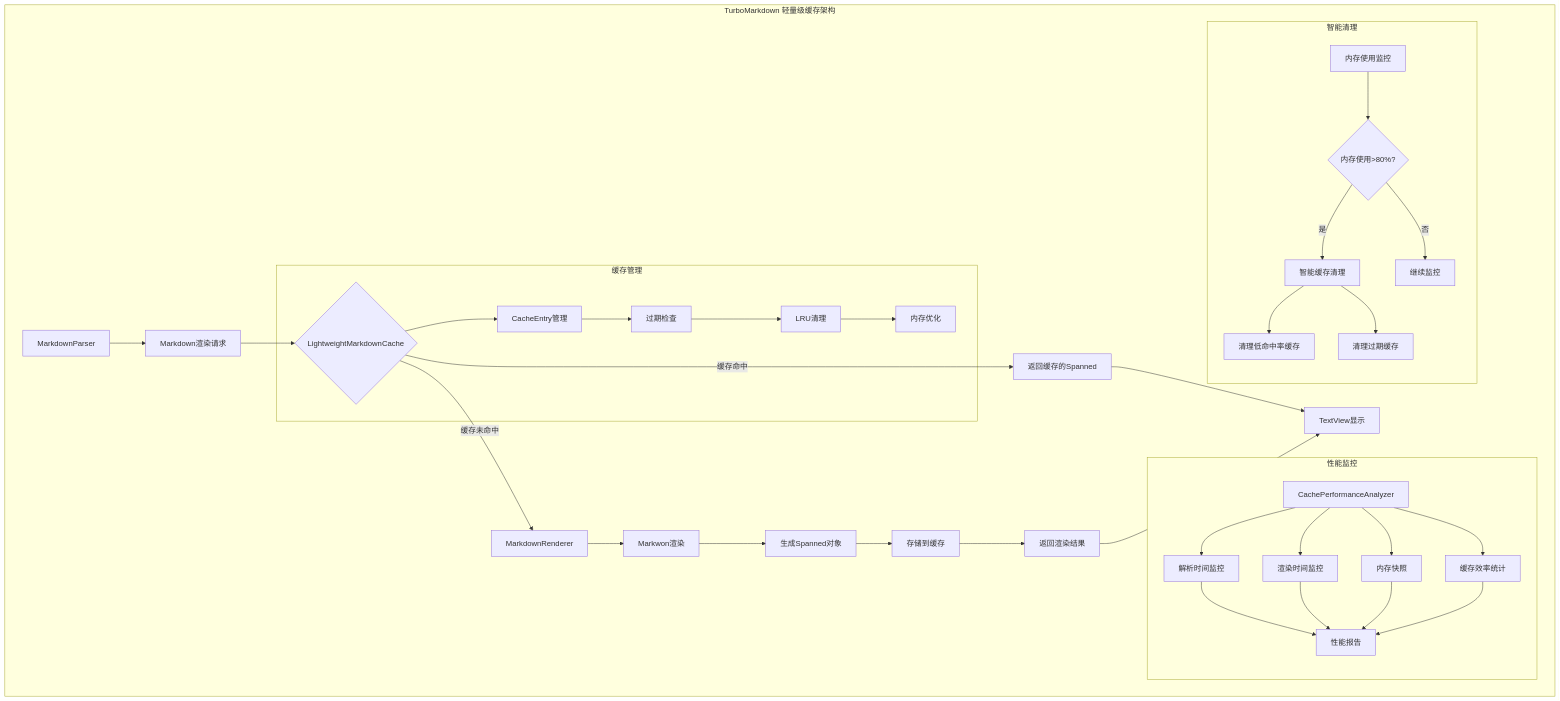
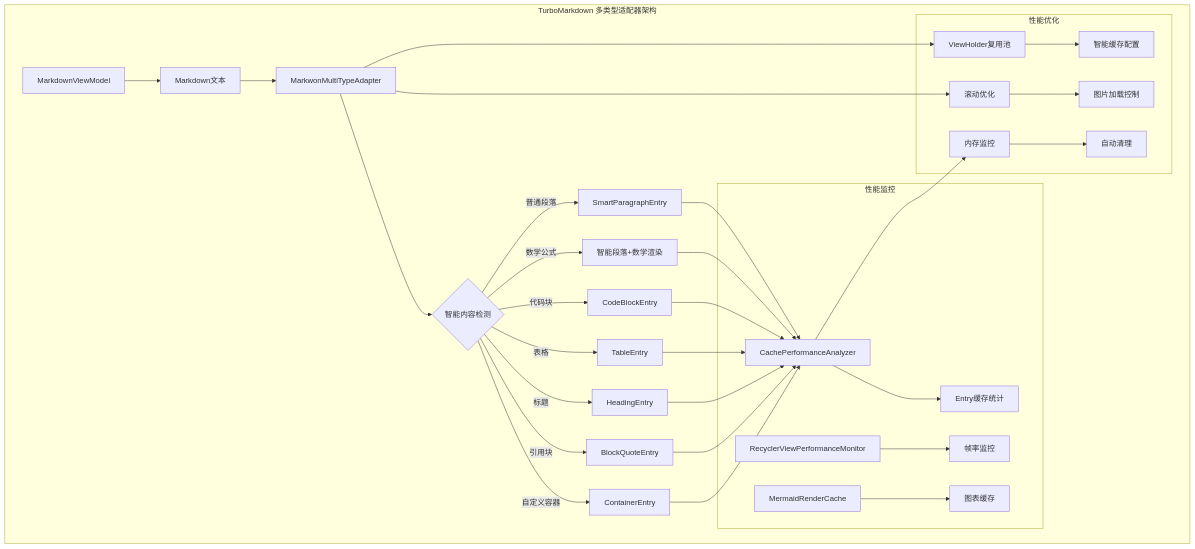
One commit to reset-byte/TurboMarkdown changed the first of 2 diagrams in README.md. Above: the diagram before and after it, drawn with Mermaid. The commit also changed other lines of this file and 30 other files, not shown here.

````diff
--- a/README.md
+++ b/README.md
@@ -168,41 +171,39 @@
 ```mermaid
 graph TB
-    subgraph "TurboMarkdown 轻量级缓存架构"
-        A[MarkdownParser] --> B[Markdown渲染请求]
-        B --> C{LightweightMarkdownCache}
-        C -->|缓存命中| D[返回缓存的Spanned]
-        C -->|缓存未命中| E[MarkdownRenderer]
-        E --> F[Markwon渲染]
-        F --> G[生成Spanned对象]
-        G --> H[存储到缓存]
-        H --> I[返回渲染结果]
-        D --> J[TextView显示]
-        I --> J
+    subgraph "TurboMarkdown 多类型适配器架构"
+        A[MarkdownViewModel] --> B[Markdown文本]
+        B --> C[MarkwonMultiTypeAdapter]
+        C --> D{智能内容检测}
+        D -->|普通段落| E[SmartParagraphEntry]
+        D -->|数学公式| F[智能段落+数学渲染]
+        D -->|代码块| G[CodeBlockEntry]
+        D -->|表格| H[TableEntry]
+        D -->|标题| I[HeadingEntry]
+        D -->|引用块| J[BlockQuoteEntry]
+        D -->|自定义容器| K[ContainerEntry]
         
-        subgraph "缓存管理"
-            C --> K[CacheEntry管理]
-            K --> L[过期检查]
-            L --> M[LRU清理]
-            M --> N[内存优化]
+        subgraph "性能监控"
+            L[CachePerformanceAnalyzer] --> M[Entry缓存统计]
+            N[RecyclerViewPerformanceMonitor] --> O[帧率监控]
+            P[MermaidRenderCache] --> Q[图表缓存]
         end
         
-        subgraph "性能监控"
-            O[CachePerformanceAnalyzer] --> P[解析时间监控]
-            O --> Q[渲染时间监控]
-            O --> R[内存快照]
-            O --> S[缓存效率统计]
-            P --> T[性能报告]
-            Q --> T
-            R --> T
-            S --> T
+        E --> L
+        F --> L
+        G --> L
+        H --> L
+        I --> L
+        J --> L
+        K --> L
+        
+        subgraph "性能优化"
+            R[ViewHolder复用池] --> S[智能缓存配置]
+            T[滚动优化] --> U[图片加载控制]
+            V[内存监控] --> W[自动清理]
         end
         
-        subgraph "智能清理"
-            U[内存使用监控] --> V{内存使用>80%?}
-            V -->|是| W[智能缓存清理]
-            V -->|否| X[继续监控]
-            W --> Y[清理低命中率缓存]
-            W --> Z[清理过期缓存]
-        end
+        C --> R
+        C --> T
+        L --> V
     end
 ```
````
